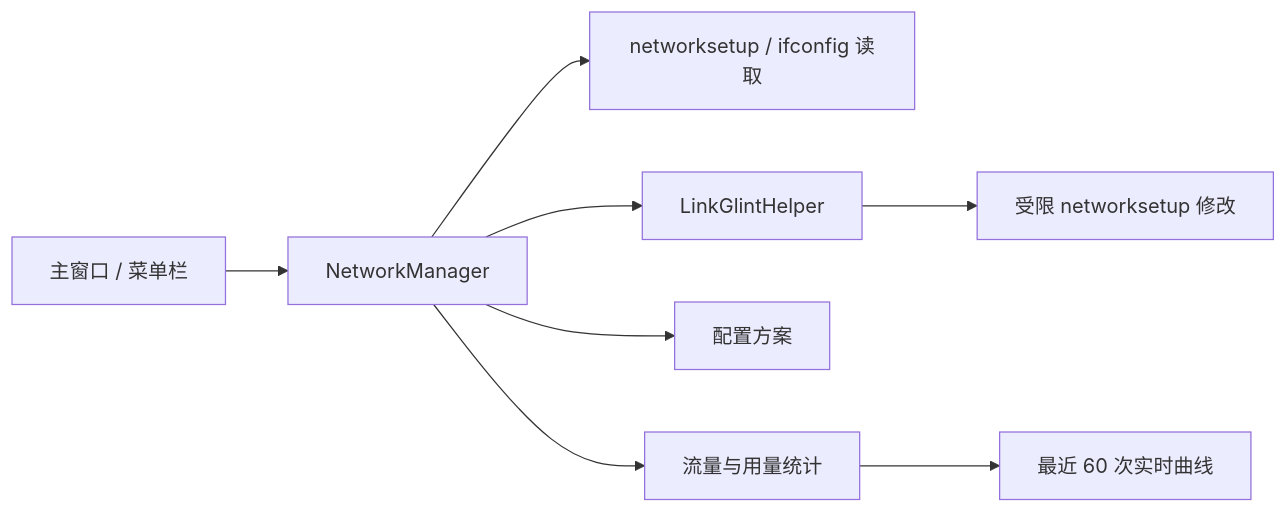
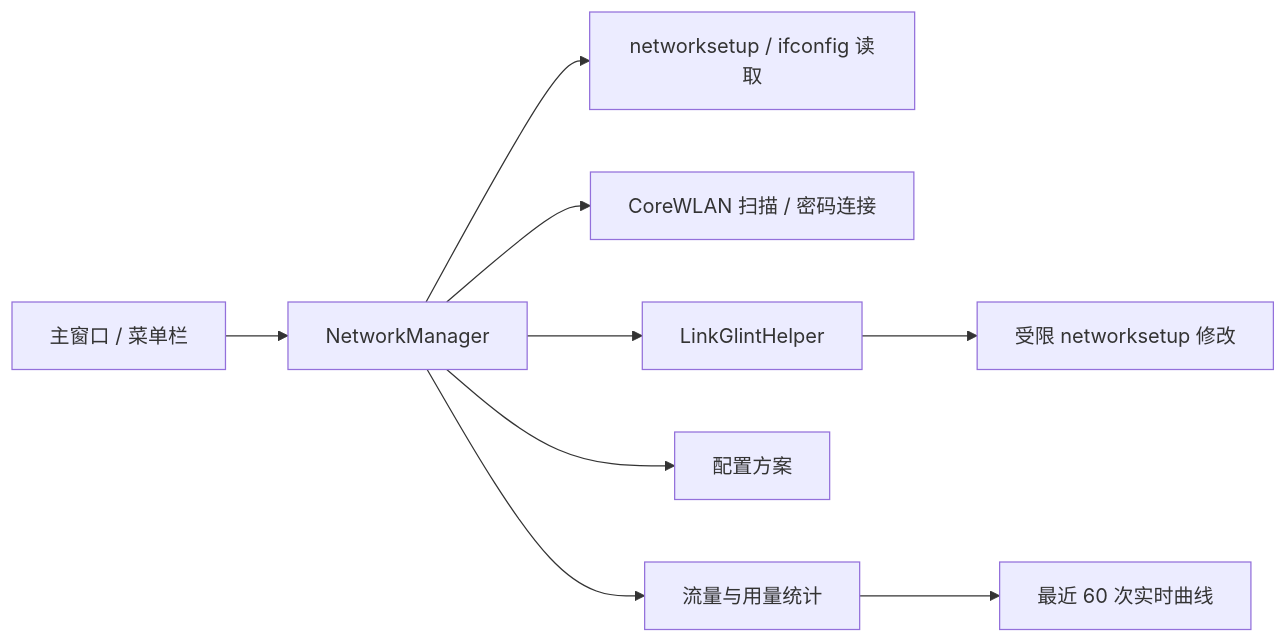
One commit to HarenaGodz/LinkGlint changed the diagram in docs/ARCHITECTURE.md. Above: the diagram before and after it, drawn with Mermaid. The commit also changed other lines of this file and 19 other files, not shown here.

````diff
--- a/docs/ARCHITECTURE.md
+++ b/docs/ARCHITECTURE.md
@@ -19,10 +19,11 @@
 ```mermaid
 flowchart LR
     UI[主窗口 / 菜单栏] --> Manager[NetworkManager]
     Manager --> Read[networksetup / ifconfig 读取]
+    Manager --> WLAN[CoreWLAN 扫描 / 密码连接]
     Manager --> Helper[LinkGlintHelper]
     Helper --> Write[受限 networksetup 修改]
     Manager --> Profiles[配置方案]
     Manager --> Usage[流量与用量统计]
     Usage --> Chart[最近 60 次实时曲线]
 ```
````
